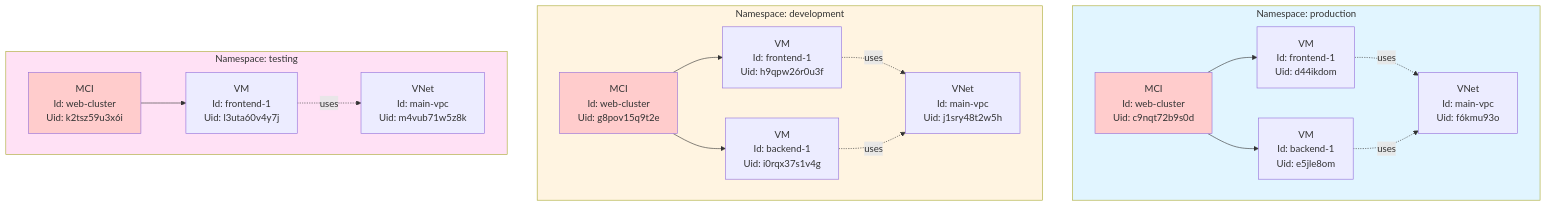
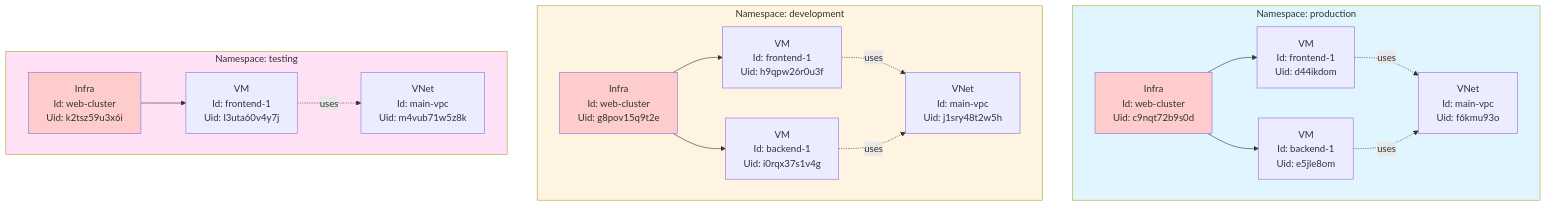
Before and after one commit to cloud-barista/cb-tumblebug: the second of 10 diagrams in docs/feature_guide/namespace-and-resource-identity.md, drawn with Mermaid. The commit also changed other lines of this file and 197 other files, not shown here.

````diff
--- a/docs/feature_guide/namespace-and-resource-identity.md
+++ b/docs/feature_guide/namespace-and-resource-identity.md
@@ -48,43 +48,43 @@
 ```mermaid
 graph TB
     subgraph NS_PROD["Namespace: production"]
-        MCI_PROD["MCI<br/>Id: web-cluster<br/>Uid: c9nqt72b9s0d"]
+        Infra_PROD["Infra<br/>Id: web-cluster<br/>Uid: c9nqt72b9s0d"]
         VM_PROD_1["VM<br/>Id: frontend-1<br/>Uid: d44ikdom"]
         VM_PROD_2["VM<br/>Id: backend-1<br/>Uid: e5jle8om"]
         VNET_PROD["VNet<br/>Id: main-vpc<br/>Uid: f6kmu93o"]
         
-        MCI_PROD --> VM_PROD_1
-        MCI_PROD --> VM_PROD_2
+        Infra_PROD --> VM_PROD_1
+        Infra_PROD --> VM_PROD_2
         VM_PROD_1 -.uses.-> VNET_PROD
         VM_PROD_2 -.uses.-> VNET_PROD
     end
     
     subgraph NS_DEV["Namespace: development"]
-        MCI_DEV["MCI<br/>Id: web-cluster<br/>Uid: g8pov15q9t2e"]
+        Infra_DEV["Infra<br/>Id: web-cluster<br/>Uid: g8pov15q9t2e"]
         VM_DEV_1["VM<br/>Id: frontend-1<br/>Uid: h9qpw26r0u3f"]
         VM_DEV_2["VM<br/>Id: backend-1<br/>Uid: i0rqx37s1v4g"]
         VNET_DEV["VNet<br/>Id: main-vpc<br/>Uid: j1sry48t2w5h"]
         
-        MCI_DEV --> VM_DEV_1
-        MCI_DEV --> VM_DEV_2
+        Infra_DEV --> VM_DEV_1
+        Infra_DEV --> VM_DEV_2
         VM_DEV_1 -.uses.-> VNET_DEV
         VM_DEV_2 -.uses.-> VNET_DEV
     end
     
     subgraph NS_TEST["Namespace: testing"]
-        MCI_TEST["MCI<br/>Id: web-cluster<br/>Uid: k2tsz59u3x6i"]
+        Infra_TEST["Infra<br/>Id: web-cluster<br/>Uid: k2tsz59u3x6i"]
         VM_TEST_1["VM<br/>Id: frontend-1<br/>Uid: l3uta60v4y7j"]
         VNET_TEST["VNet<br/>Id: main-vpc<br/>Uid: m4vub71w5z8k"]
         
-        MCI_TEST --> VM_TEST_1
+        Infra_TEST --> VM_TEST_1
         VM_TEST_1 -.uses.-> VNET_TEST
     end
     
     style NS_PROD fill:#e1f5ff
     style NS_DEV fill:#fff4e1
     style NS_TEST fill:#ffe1f5
     
-    style MCI_PROD fill:#ffcccc
-    style MCI_DEV fill:#ffcccc
-    style MCI_TEST fill:#ffcccc
+    style Infra_PROD fill:#ffcccc
+    style Infra_DEV fill:#ffcccc
+    style Infra_TEST fill:#ffcccc
 ```
````
